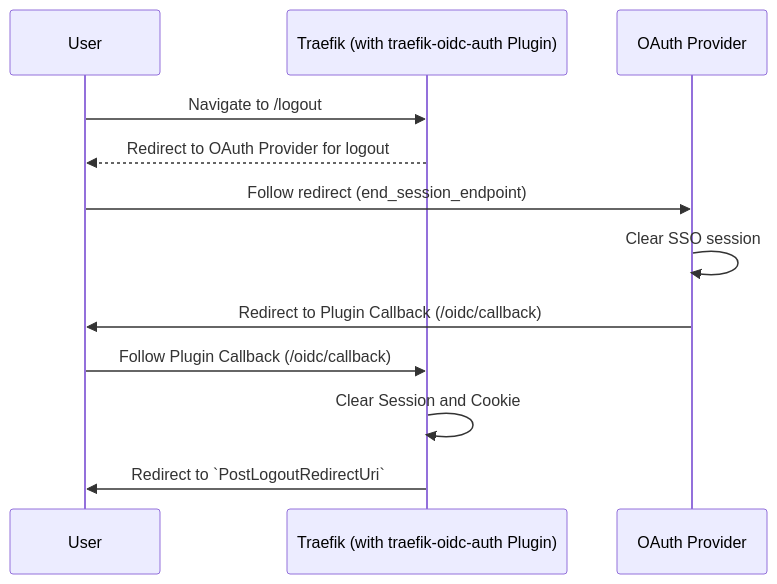
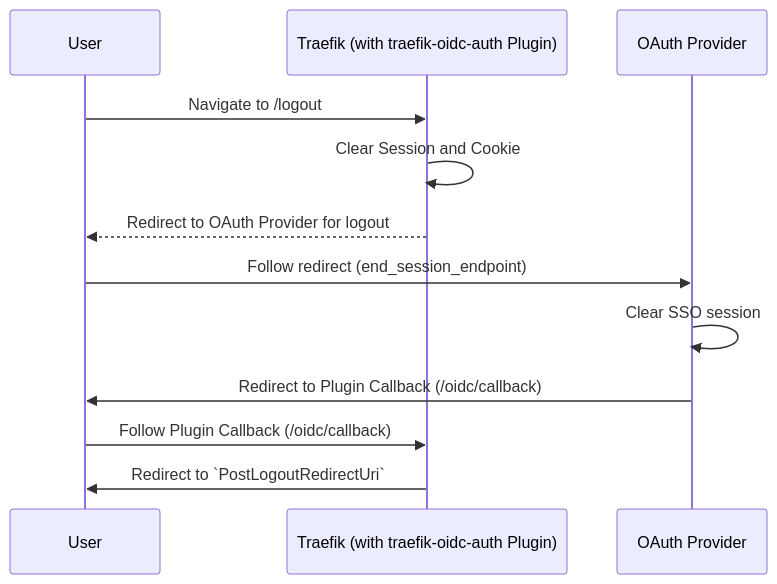
Before and after one commit to sevensolutions/traefik-oidc-auth: the second of 2 diagrams in website/docs/getting-started/how-it-works.md, drawn with Mermaid. The commit also changed other lines of this file and 5 other files, not shown here.

First line of the commit message:
fix: make ClockSkewTolerance opt-in and document the logout flow

````diff
--- a/website/docs/getting-started/how-it-works.md
+++ b/website/docs/getting-started/how-it-works.md
@@ -75,15 +75,15 @@
 ```mermaid
 sequenceDiagram
     participant User as User
     participant Traefik as Traefik (with traefik-oidc-auth Plugin)
     participant OAuth as OAuth Provider
 
     User->>Traefik: Navigate to /logout
+    Traefik->>Traefik: Clear Session and Cookie
     Traefik-->>User: Redirect to OAuth Provider for logout
     User->>OAuth: Follow redirect (end_session_endpoint)
     OAuth->>OAuth: Clear SSO session
     OAuth->>User: Redirect to Plugin Callback (/oidc/callback)
     User->>Traefik: Follow Plugin Callback (/oidc/callback)
-    Traefik->>Traefik: Clear Session and Cookie
     Traefik->>User: Redirect to `PostLogoutRedirectUri`
 ```
````
